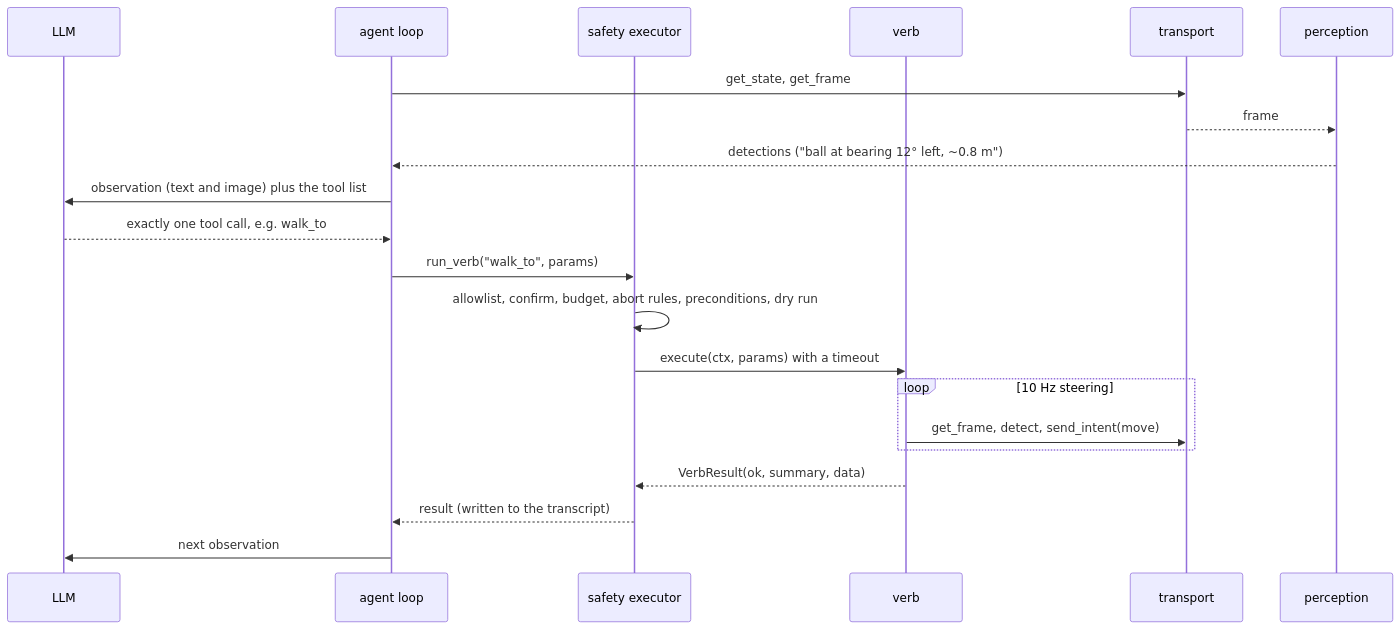
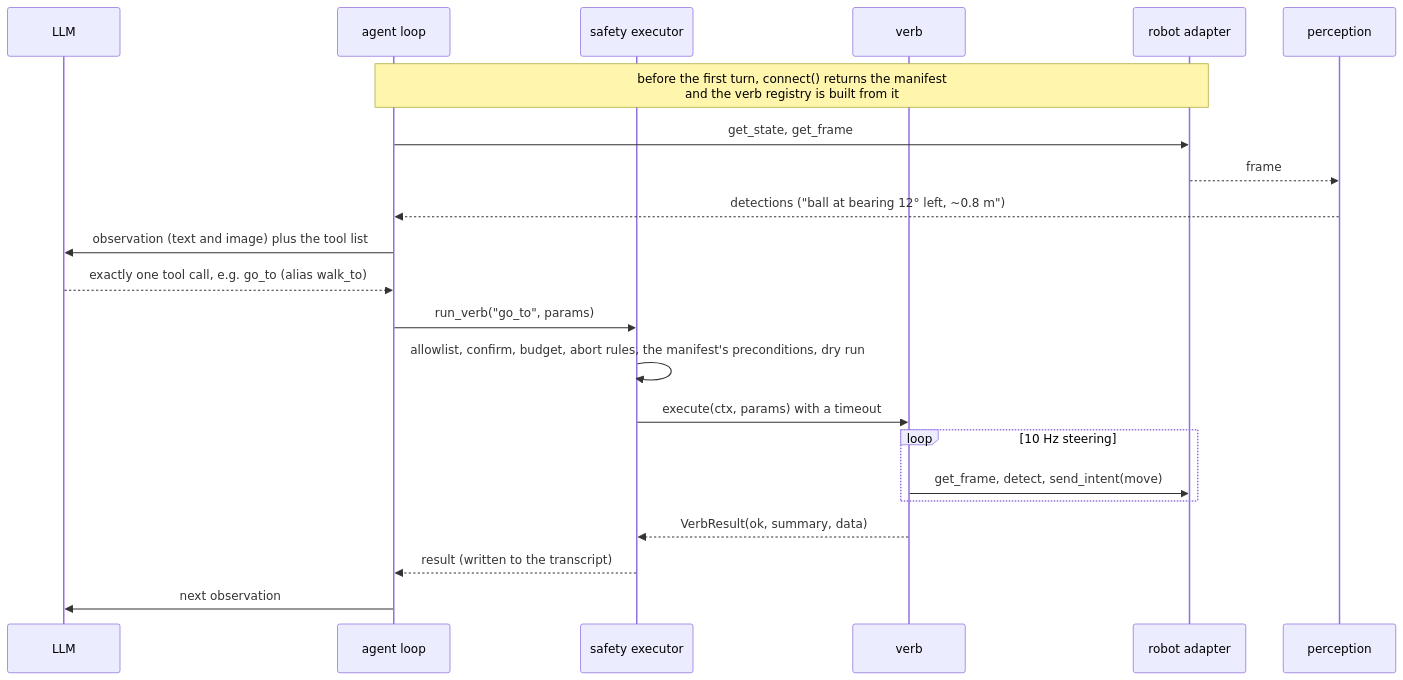
The third of 3 diagrams in README.md (gianlucamazza/quackd), drawn with Mermaid before and after one commit. The commit also changed other lines of this file and 2 other files, not shown here.

````diff
--- a/README.md
+++ b/README.md
@@ -196,23 +215,24 @@
 ```mermaid
 sequenceDiagram
     participant L as LLM
     participant A as agent loop
     participant E as safety executor
     participant V as verb
-    participant T as transport
+    participant T as robot adapter
     participant P as perception
+    Note over A,T: before the first turn, connect() returns the manifest<br/>and the verb registry is built from it
     A->>T: get_state, get_frame
     T-->>P: frame
     P-->>A: detections ("ball at bearing 12° left, ~0.8 m")
     A->>L: observation (text and image) plus the tool list
-    L-->>A: exactly one tool call, e.g. walk_to
-    A->>E: run_verb("walk_to", params)
-    E->>E: allowlist, confirm, budget, abort rules, preconditions, dry run
+    L-->>A: exactly one tool call, e.g. go_to (alias walk_to)
+    A->>E: run_verb("go_to", params)
+    E->>E: allowlist, confirm, budget, abort rules, the manifest's preconditions, dry run
     E->>V: execute(ctx, params) with a timeout
     loop 10 Hz steering
         V->>T: get_frame, detect, send_intent(move)
     end
     V-->>E: VerbResult(ok, summary, data)
     E-->>A: result (written to the transcript)
     A->>L: next observation
 ```
````
